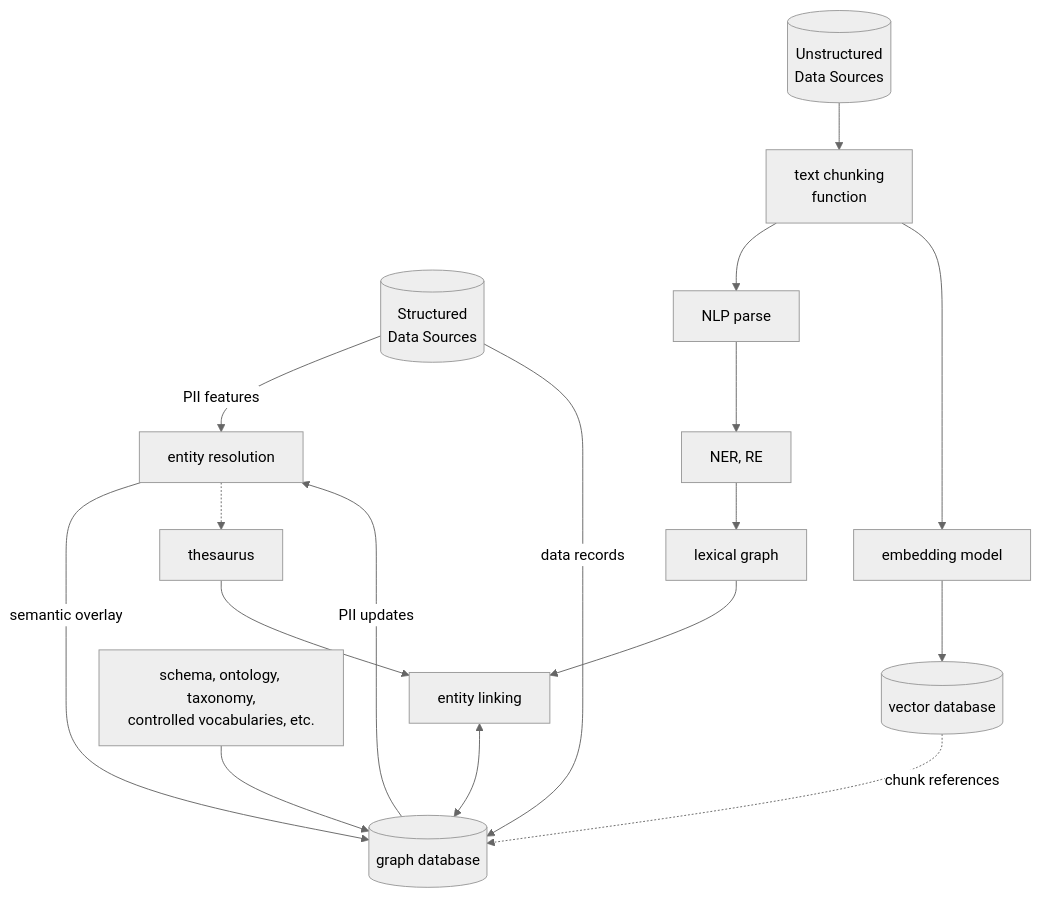
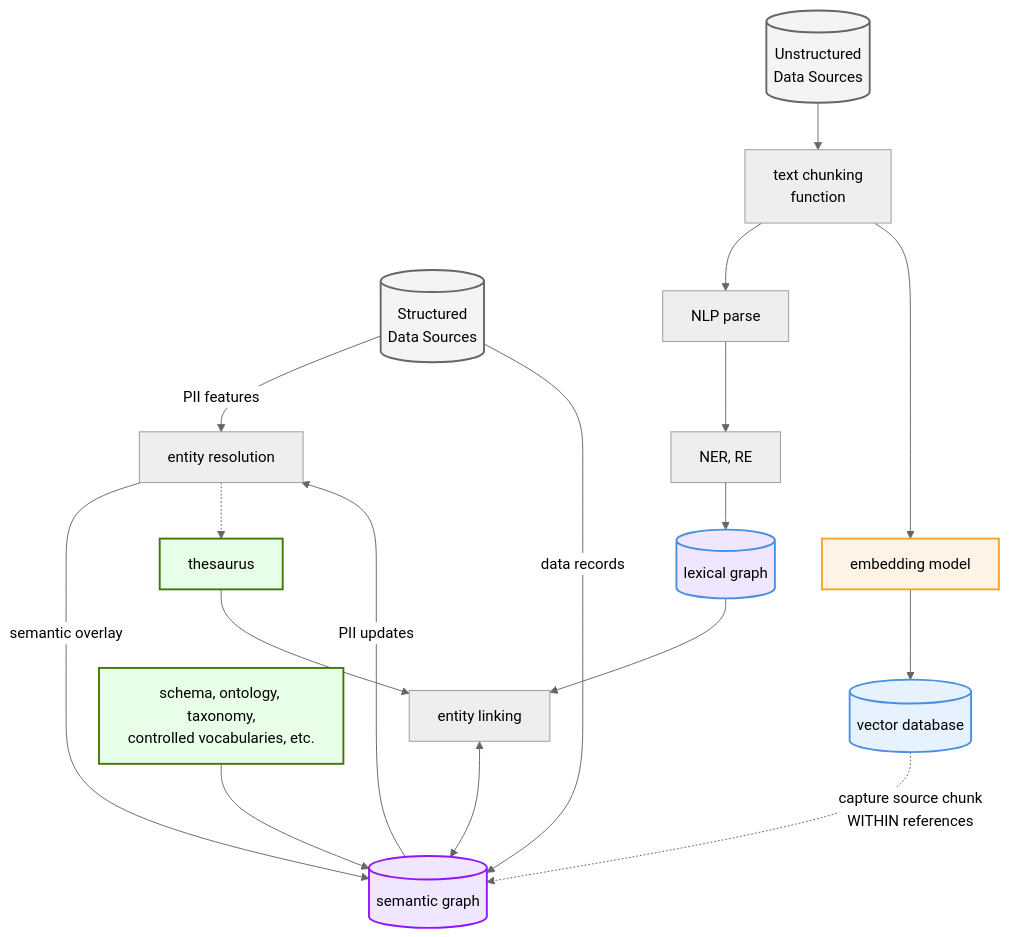
The first of 4 diagrams in graphrag_readme.md (donbr/strwythura), drawn with Mermaid (neutral theme) before and after one commit. The commit also changed other lines of this file and 4 other files, not shown here.

Commit message:
update diagrams

````diff
--- a/graphrag_readme.md
+++ b/graphrag_readme.md
@@ -23,34 +23,52 @@
 ```mermaid
 graph TD
-    %% Database shapes
-    A[(Structured<br/>Data Sources)]
-    C[(Unstructured<br/>Data Sources)]
-    G[(graph database)]
-    I[(vector database)]
+    %% Database shapes with consistent styling
+    SDS[(Structured<br/>Data Sources)]
+    UDS[(Unstructured<br/>Data Sources)]
+    LG[(lexical graph)]
+    SG[(semantic graph)]
+    VD[(vector database)]
 
     %% Flow from structured data
-    A -->|PII features| B[entity resolution]
-    A -->|data records| G
-    G -->|PII updates| B
-    B -->|semantic overlay| G
+    SDS -->|PII features| ER[entity resolution]
+    SDS -->|data records| SG
+    SG -->|PII updates| ER
+    ER -->|semantic overlay| SG
 
     %% Schema and ontology
-    J[schema, ontology, taxonomy,<br/>controlled vocabularies, etc.] --> G
+    ONT[schema, ontology, taxonomy,<br/>controlled vocabularies, etc.]
+    ONT --> SG
 
     %% Flow from unstructured data
-    C --> K[text chunking<br/>function]
-    K --> D[NLP parse]
-    K --> L[embedding model]
-    D --> E[NER, RE]
-    E --> F[lexical graph]
-    F --> H[entity linking]
-    H <--> G
+    UDS --> K[text chunking<br/>function]
+    K --> NLP[NLP parse]
+    K --> EM[embedding model]
+    NLP --> E[NER, RE]
+    E --> LG
+    LG --> EL[entity linking]
+    EL <--> SG
 
     %% Vector elements connections
-    L --> I
-    I -.->|chunk references| G
+    EM --> VD
+    VD -.->|capture source chunk<br/>WITHIN references| SG
 
     %% Thesaurus connection
-    B -.->T[thesaurus]
-    T --> H
+    ER -.->T[thesaurus]
+    T --> EL
+
+    %% Styling classes
+    classDef dataSource fill:#f4f4f4,stroke:#666,stroke-width:2px;
+    classDef storage fill:#e6f3ff,stroke:#4a90e2,stroke-width:2px;
+    classDef embedding fill:#fff3e6,stroke:#f5a623,stroke-width:2px;
+    classDef lexical fill:#f0e6ff,stroke:#4a90e2,stroke-width:2px;
+    classDef semantic fill:#f0e6ff,stroke:#9013fe,stroke-width:2px;
+    classDef reference fill:#e6ffe6,stroke:#417505,stroke-width:2px;
+
+    %% Apply styles by layer/type
+    class SDS,UDS dataSource;
+    class SG,VD storage;
+    class EM embedding;
+    class LG lexical;
+    class SG semantic;
+    class ONT,T reference;
 ```
````
